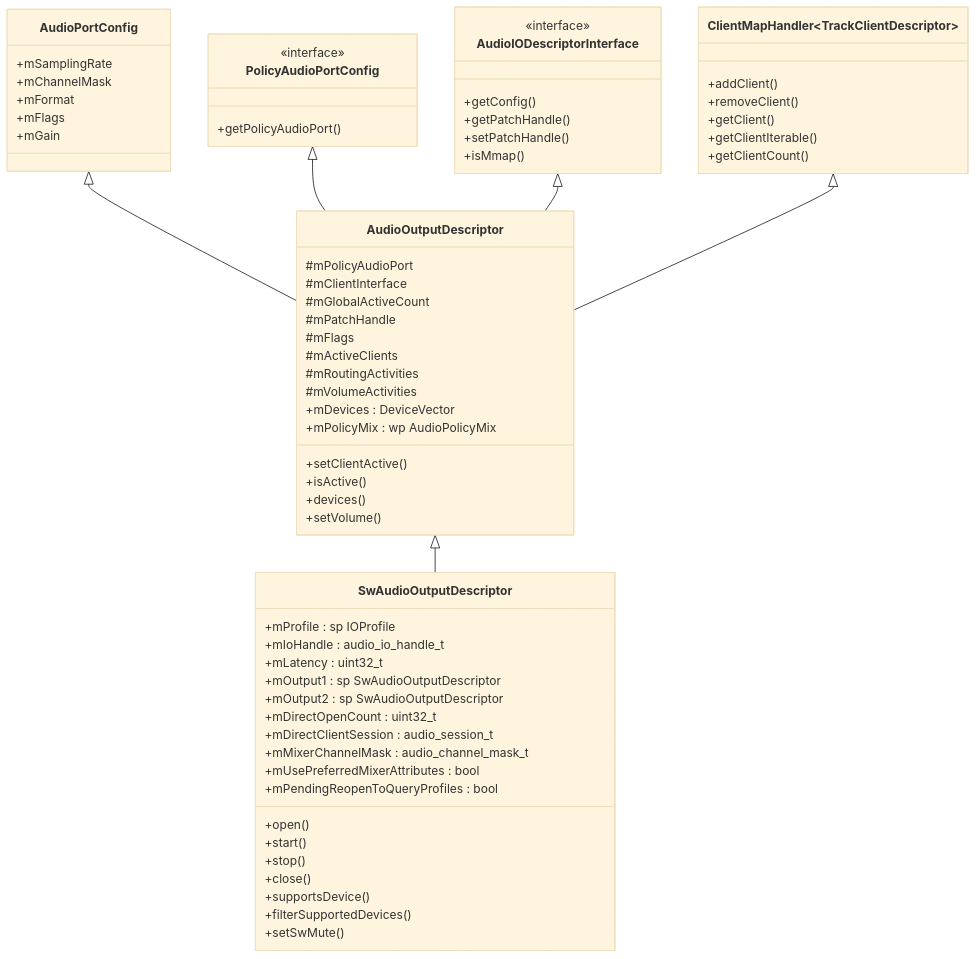
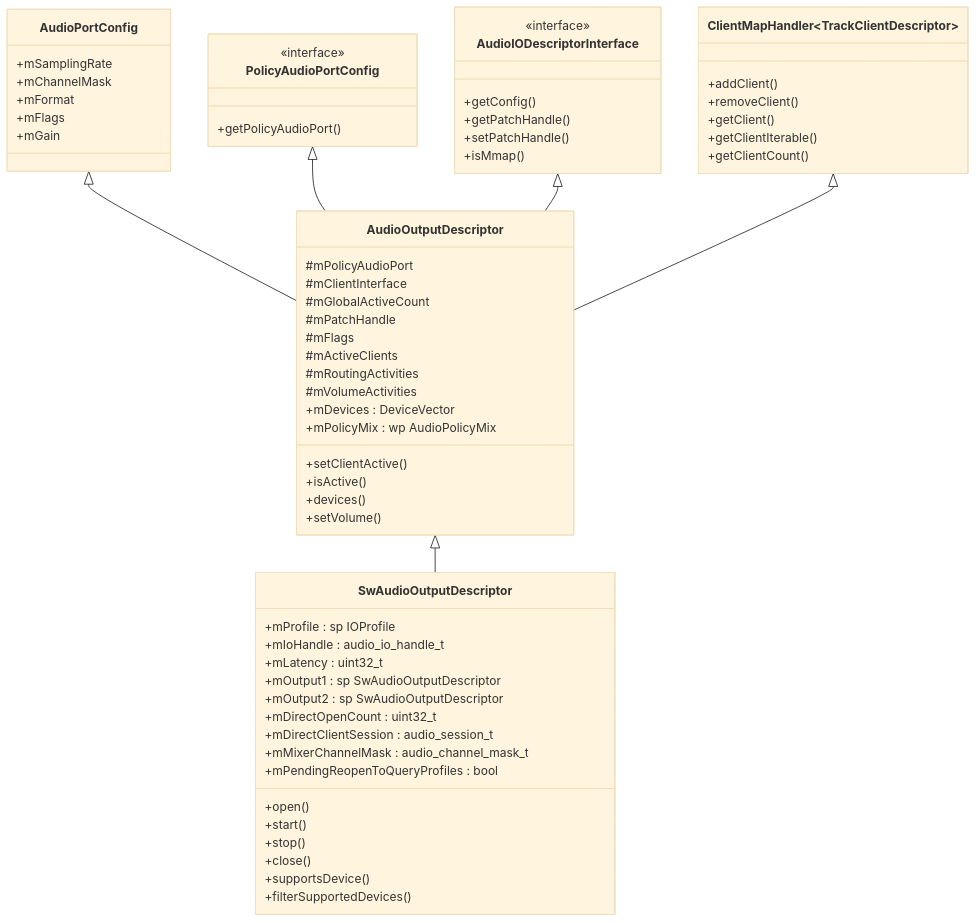
The second of 10 diagrams in 06_Audio_Policy_Engine/06_6.5_SwAudioOutputDescriptor-输出流描述.md (yanglinzhen1022/SA8295_AAOS_QNX_Audio_KnowledgeBase), drawn with Mermaid (base theme) before and after one commit. The commit also changed other lines of this file and 11 other files, not shown here.

````diff
--- a/06_Audio_Policy_Engine/06_6.5_SwAudioOutputDescriptor-输出流描述.md
+++ b/06_Audio_Policy_Engine/06_6.5_SwAudioOutputDescriptor-输出流描述.md
@@ -49,74 +49,72 @@
 ```mermaid
 classDiagram
     class AudioPortConfig {
         +mSamplingRate
         +mChannelMask
         +mFormat
         +mFlags
         +mGain
     }
     
     class PolicyAudioPortConfig {
         <<interface>>
         +getPolicyAudioPort()
     }
     
     class AudioIODescriptorInterface {
         <<interface>>
         +getConfig()
         +getPatchHandle()
         +setPatchHandle()
         +isMmap()
     }
     
     class ClientMapHandler~TrackClientDescriptor~ {
         +addClient()
         +removeClient()
         +getClient()
         +getClientIterable()
         +getClientCount()
     }
     
     class AudioOutputDescriptor {
         #mPolicyAudioPort
         #mClientInterface
         #mGlobalActiveCount
         #mPatchHandle
         #mFlags
         #mActiveClients
         #mRoutingActivities
         #mVolumeActivities
         +mDevices : DeviceVector
         +mPolicyMix : wp AudioPolicyMix
         +setClientActive()
         +isActive()
         +devices()
         +setVolume()
     }
     
     class SwAudioOutputDescriptor {
         +mProfile : sp IOProfile
         +mIoHandle : audio_io_handle_t
         +mLatency : uint32_t
         +mOutput1 : sp SwAudioOutputDescriptor
         +mOutput2 : sp SwAudioOutputDescriptor
         +mDirectOpenCount : uint32_t
         +mDirectClientSession : audio_session_t
         +mMixerChannelMask : audio_channel_mask_t
-        +mUsePreferredMixerAttributes : bool
         +mPendingReopenToQueryProfiles : bool
         +open()
         +start()
         +stop()
         +close()
         +supportsDevice()
         +filterSupportedDevices()
-        +setSwMute()
     }
     
     AudioPortConfig <|-- AudioOutputDescriptor
     PolicyAudioPortConfig <|-- AudioOutputDescriptor
     AudioIODescriptorInterface <|-- AudioOutputDescriptor
     ClientMapHandler <|-- AudioOutputDescriptor
     AudioOutputDescriptor <|-- SwAudioOutputDescriptor
 ```
````
